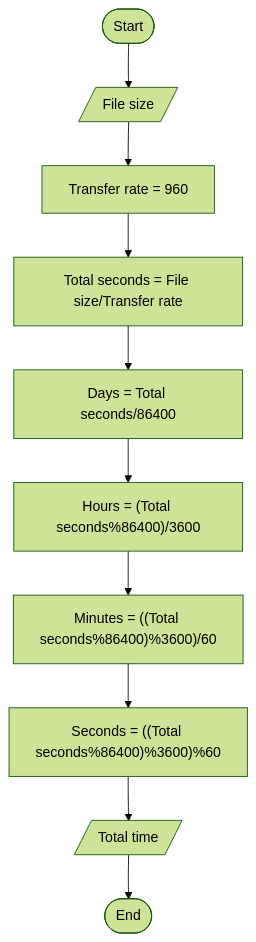
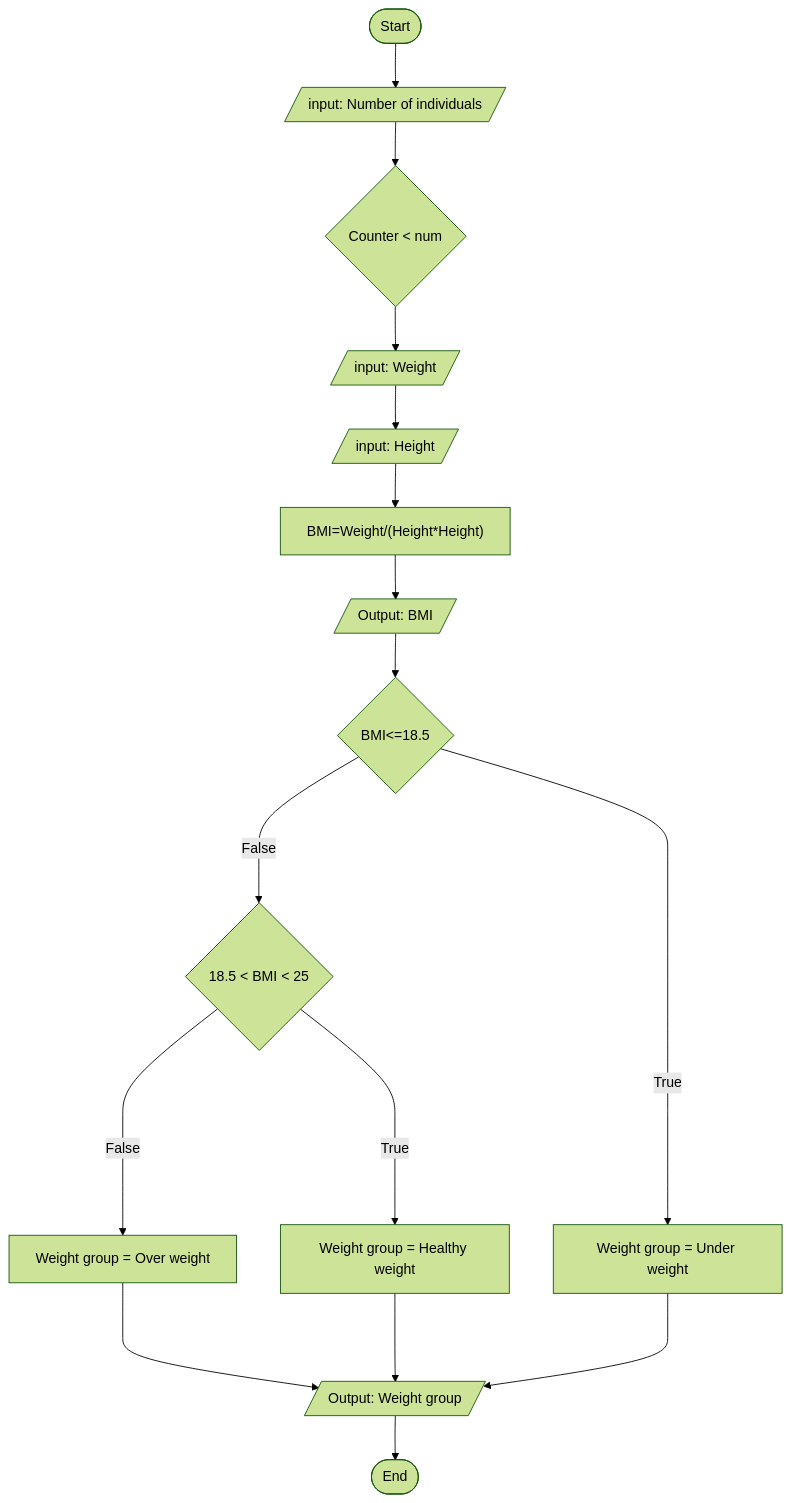
Before and after one commit to SWEG-2016EC-Batch/System32: the diagram in ETS0892_Makda_Solomon/BMI_calculator.md, drawn with Mermaid (forest theme). The commit also changed other lines of this file, not shown here.

````diff
--- a/ETS0892_Makda_Solomon/BMI_calculator.md
+++ b/ETS0892_Makda_Solomon/BMI_calculator.md
@@ -64,17 +63,21 @@
 ``` mermaid
 flowchart 
-id1([Start])-->id2[/File size/]
-id2-->id3[Transfer rate = 960]
-id3-->id4[Total seconds = File size/Transfer rate]
-id4-->id5[Days = Total seconds/86400]
-id5-->id6["Hours = (Total seconds%86400)/3600"]
-id6-->id7["Minutes = ((Total seconds%86400)%3600)/60"]
-id7-->id8["Seconds = ((Total seconds%86400)%3600)%60"]
-id8-->id9[/Total time/]
-id9-->id10([End])
+id1([Start])-->id2[/input: Number of individuals/]
+id2-->id3{Counter < num}
 
-
-
+id3-->id4[/input: Weight/]
+id4-->id5[/input: Height/]
+id5-->id6["BMI=Weight/(Height*Height)"] 
+id6-->id14[/Output: BMI/]
+id14-->id7{BMI<=18.5}
+id7--False--->id8{18.5 < BMI < 25}
+id8--False-->id9[Weight group = Over weight]
+id9--->id10[/Output: Weight group/]
+id7--True--->id11[Weight group = Under weight]
+id11--->id10
+id8--True---->id12[Weight group = Healthy weight]
+id12--->id10
+id10-->id13([End])
 
 
 ```
````
